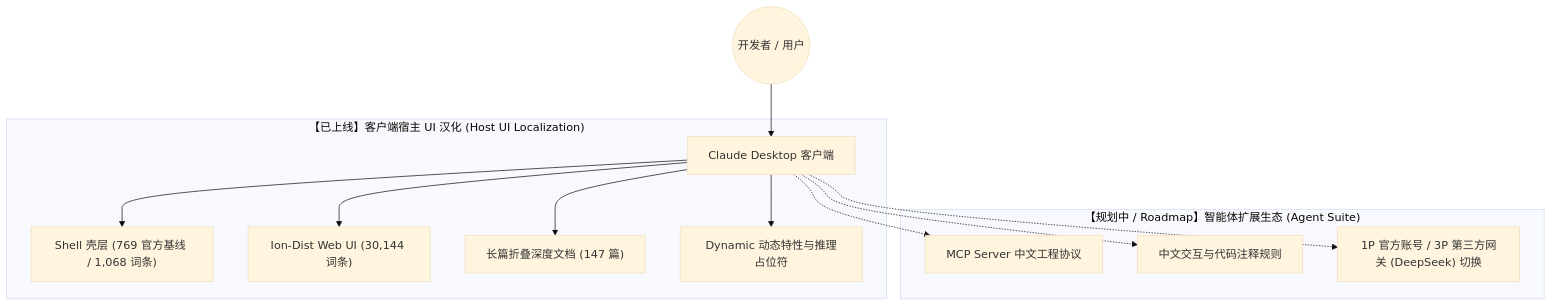
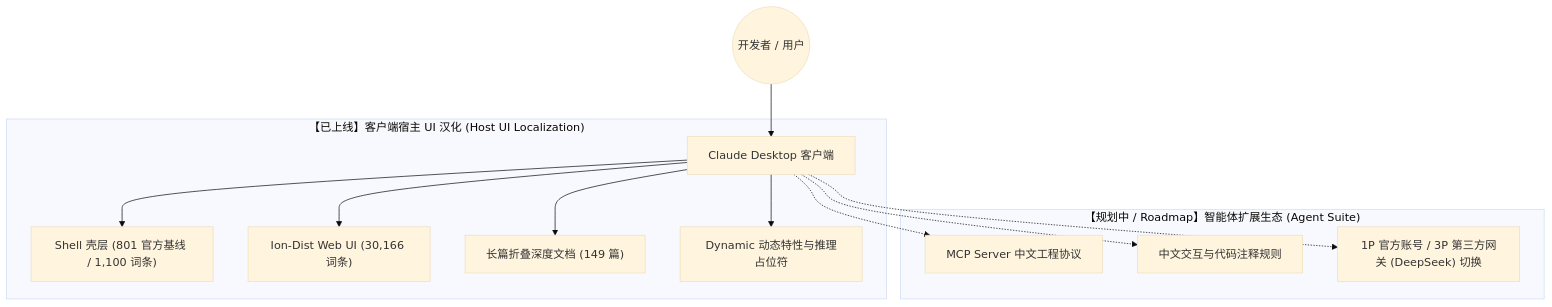
Before and after one commit to yiheng8023/claude-chinese: the first of 2 diagrams in README.md, drawn with Mermaid (base theme). The commit also changed other lines of this file and 7 other files, not shown here.

Commit message:
release: v1.2.78 (Upstream v2.31226.0.0 Architecture Adaptation & 1M Long Docs)

````diff
--- a/README.md
+++ b/README.md
@@ -44,17 +44,17 @@
 ```mermaid
 graph TD
     User((开发者 / 用户)) --> ClaudeApp[Claude Desktop 客户端]
     
     subgraph Mode1 ["【已上线】客户端宿主 UI 汉化 (Host UI Localization)"]
-        ClaudeApp --> ShellLayer["Shell 壳层 (769 官方基线 / 1,068 词条)"]
-        ClaudeApp --> WebUILayer["Ion-Dist Web UI (30,144 词条)"]
-        ClaudeApp --> LongDocsLayer["长篇折叠深度文档 (147 篇)"]
+        ClaudeApp --> ShellLayer["Shell 壳层 (801 官方基线 / 1,100 词条)"]
+        ClaudeApp --> WebUILayer["Ion-Dist Web UI (30,166 词条)"]
+        ClaudeApp --> LongDocsLayer["长篇折叠深度文档 (149 篇)"]
         ClaudeApp --> DynamicLayer["Dynamic 动态特性与推理占位符"]
     end
     
     subgraph Mode2 ["【规划中 / Roadmap】智能体扩展生态 (Agent Suite)"]
         ClaudeApp -.-> MCP["MCP Server 中文工程协议"]
         ClaudeApp -.-> Rules["中文交互与代码注释规则"]
         ClaudeApp -.-> Switcher["1P 官方账号 / 3P 第三方网关 (DeepSeek) 切换"]
     end
 ```
````
